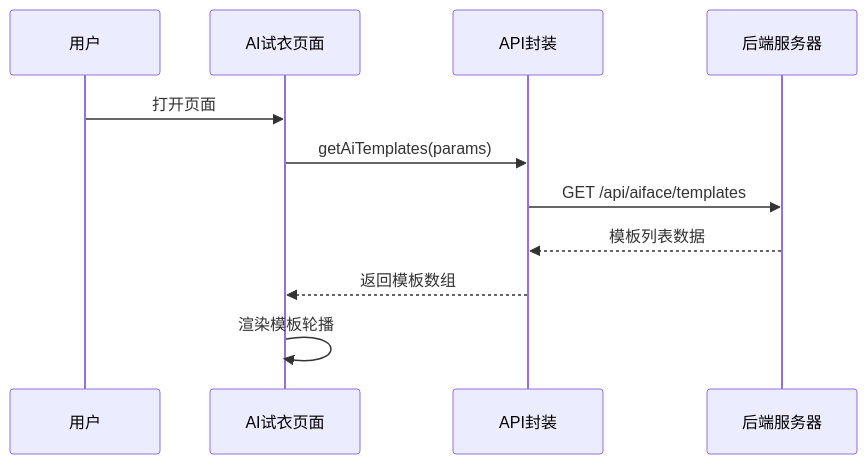
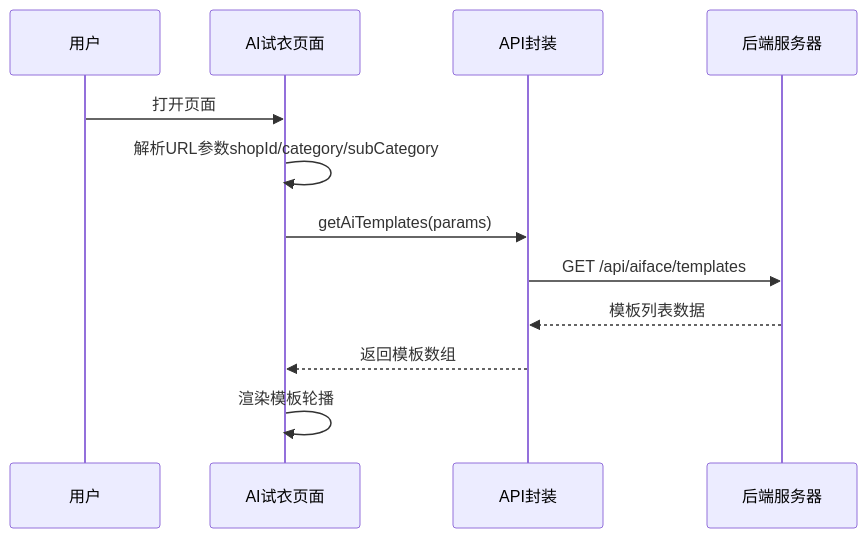
Before and after one commit to crazyma99/blueberry: the fourth of 9 diagrams in .qoder/repowiki/zh/content/核心功能模块/AI试衣功能.md, drawn with Mermaid. The commit also changed other lines of this file and 6 other files, not shown here.

````diff
--- a/.qoder/repowiki/zh/content/核心功能模块/AI试衣功能.md
+++ b/.qoder/repowiki/zh/content/核心功能模块/AI试衣功能.md
@@ -202,13 +216,14 @@
    ```mermaid
 sequenceDiagram
 participant User as 用户
 participant Page as AI试衣页面
 participant API as API封装
 participant Server as 后端服务器
 User->>Page : 打开页面
+Page->>Page : 解析URL参数shopId/category/subCategory
 Page->>API : getAiTemplates(params)
 API->>Server : GET /api/aiface/templates
 Server-->>API : 模板列表数据
 API-->>Page : 返回模板数组
 Page->>Page : 渲染模板轮播
 ```
````
